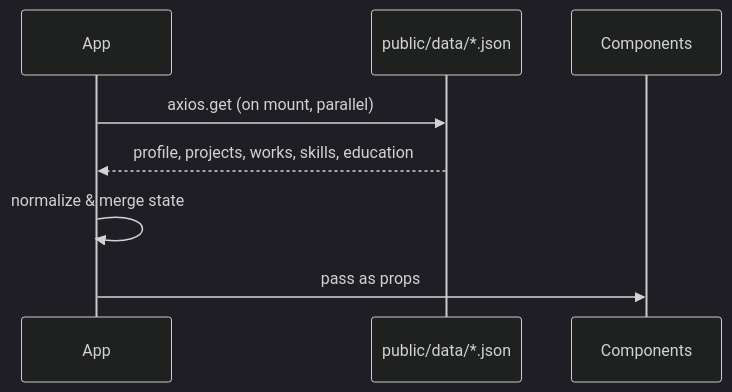
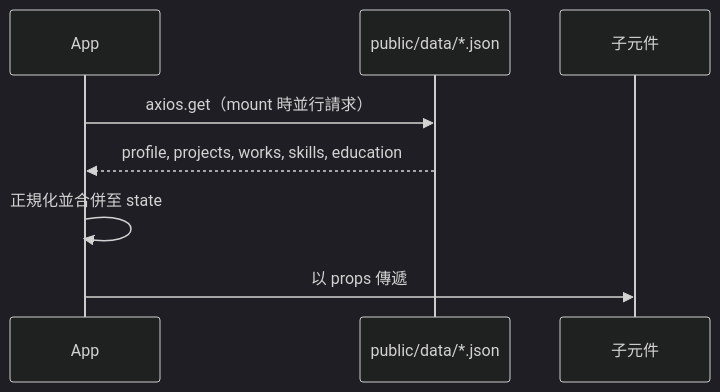
The third of 7 diagrams in docs/architecture.md (a920604a/self-reusme-website), drawn with Mermaid (dark theme) before and after one commit. The commit also changed other lines of this file, not shown here.

Commit message:
feat: enhance architecture documentation with detailed component diagrams and data flow

````diff
--- a/docs/architecture.md
+++ b/docs/architecture.md
@@ -66,11 +66,11 @@
 ```mermaid
 sequenceDiagram
     participant App
     participant JSON as public/data/*.json
-    participant Components
+    participant Components as 子元件
 
-    App->>JSON: axios.get (on mount, parallel)
+    App->>JSON: axios.get（mount 時並行請求）
     JSON-->>App: profile, projects, works, skills, education
-    App->>App: normalize & merge state
-    App->>Components: pass as props
+    App->>App: 正規化並合併至 state
+    App->>Components: 以 props 傳遞
 ```
````
